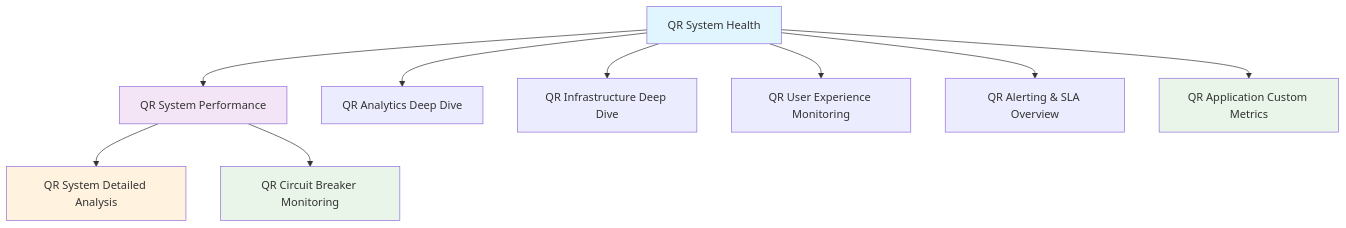
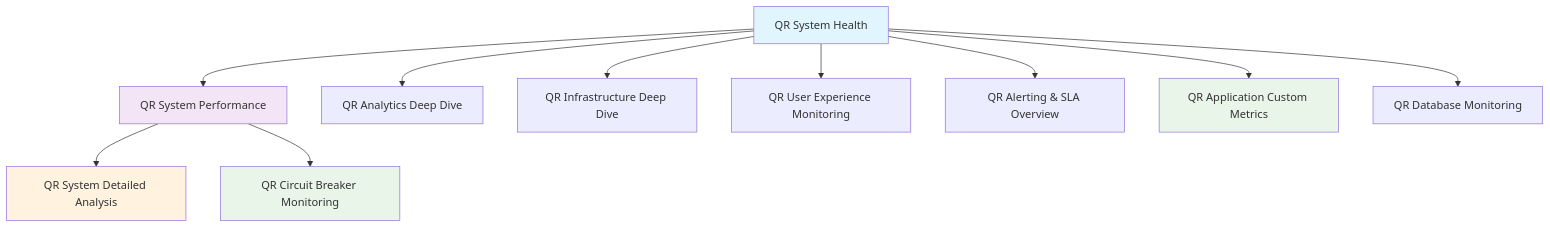
The fourth of 26 diagrams in GRAFANA.md (gsinghjay/mvp_qr_gen), drawn with Mermaid before and after one commit. The commit also changed other lines of this file, not shown here.

Commit message:
docs(grafana): add database monitoring dashboard and MCP integration documentation

````diff
--- a/GRAFANA.md
+++ b/GRAFANA.md
@@ -127,19 +127,20 @@
 ```mermaid
 graph TD
     A[QR System Health] --> B[QR System Performance]
     A --> C[QR Analytics Deep Dive]
     
     B --> D[QR System Detailed Analysis]
     B --> E[QR Circuit Breaker Monitoring]
     
     A --> F[QR Infrastructure Deep Dive]
     A --> G[QR User Experience Monitoring]
     A --> H[QR Alerting & SLA Overview]
     A --> I[QR Application Custom Metrics]
+    A --> J[QR Database Monitoring]
     
     style A fill:#e1f5fe
     style B fill:#f3e5f5
     style D fill:#fff3e0
     style E fill:#e8f5e8
     style I fill:#e8f5e8
 ```
````
